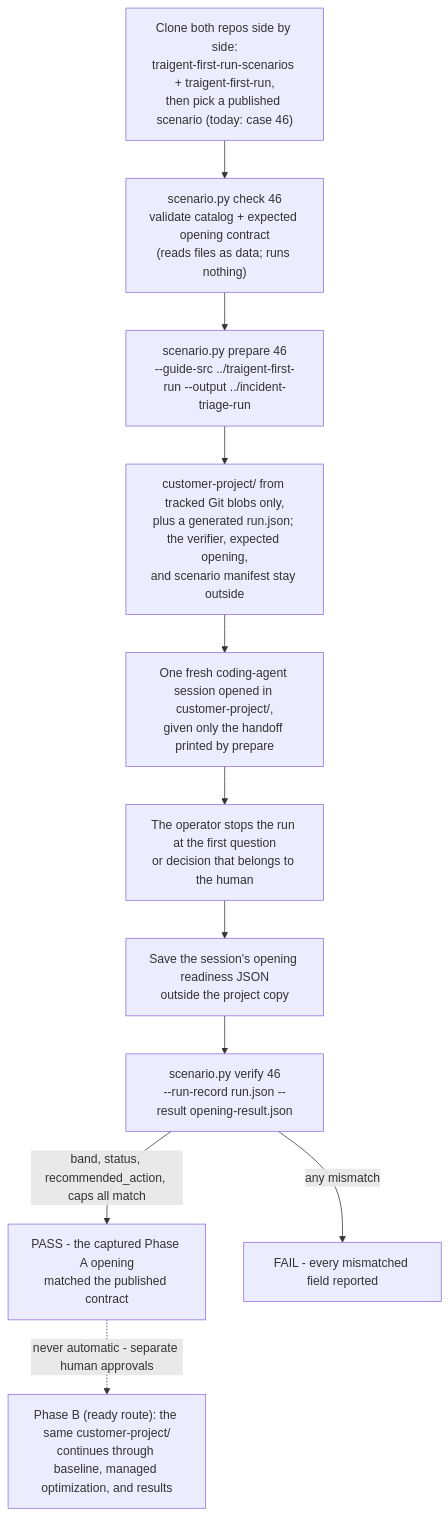
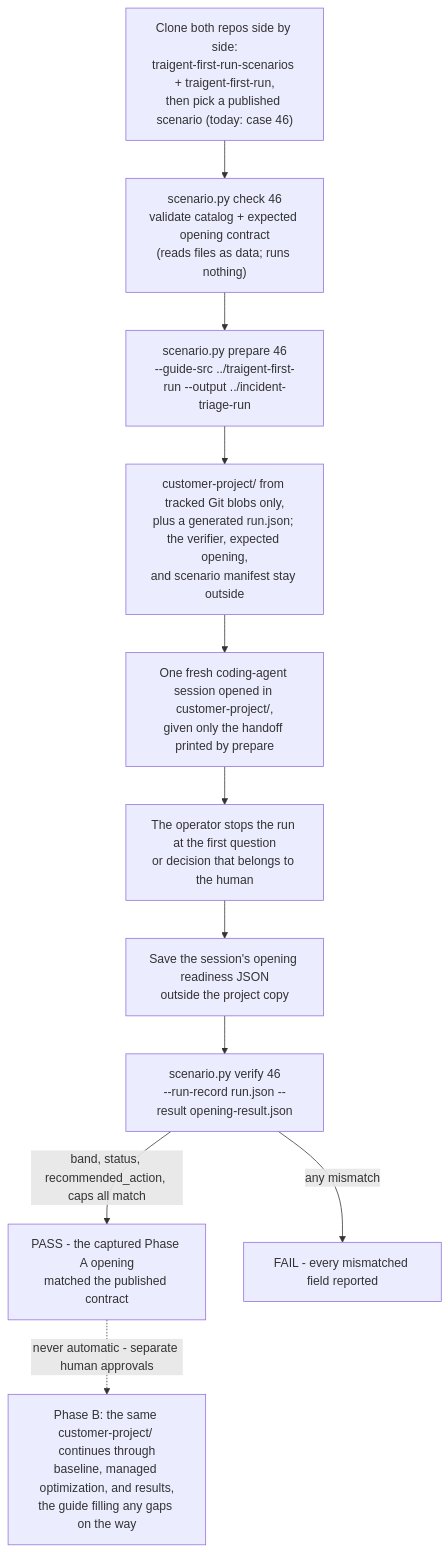
One commit to Traigent/traigent-first-run-scenarios changed the diagram in README.md. Above: the diagram before and after it, drawn with Mermaid. The commit also changed other lines of this file and 1 other file, not shown here.

````diff
--- a/README.md
+++ b/README.md
@@ -178,13 +214,13 @@
 ```mermaid
 flowchart TD
     A["Clone both repos side by side:<br/>traigent-first-run-scenarios + traigent-first-run,<br/>then pick a published scenario (today: case 46)"] --> B["scenario.py check 46<br/>validate catalog + expected opening contract<br/>(reads files as data; runs nothing)"]
     B --> C["scenario.py prepare 46<br/>--guide-src ../traigent-first-run --output ../incident-triage-run"]
     C --> D["customer-project/ from tracked Git blobs only,<br/>plus a generated run.json; the verifier, expected opening,<br/>and scenario manifest stay outside"]
     D --> E["One fresh coding-agent session opened in customer-project/,<br/>given only the handoff printed by prepare"]
     E --> F["The operator stops the run at the first question<br/>or decision that belongs to the human"]
     F --> G["Save the session's opening readiness JSON<br/>outside the project copy"]
     G --> H["scenario.py verify 46<br/>--run-record run.json --result opening-result.json"]
     H -->|"band, status, recommended_action, caps all match"| I["PASS - the captured Phase A opening<br/>matched the published contract"]
     H -->|"any mismatch"| J["FAIL - every mismatched field reported"]
-    I -.->|"never automatic - separate human approvals"| K["Phase B (ready route): the same customer-project/<br/>continues through baseline, managed optimization, and results"]
+    I -.->|"never automatic - separate human approvals"| K["Phase B: the same customer-project/ continues through<br/>baseline, managed optimization, and results,<br/>the guide filling any gaps on the way"]
 ```
````
